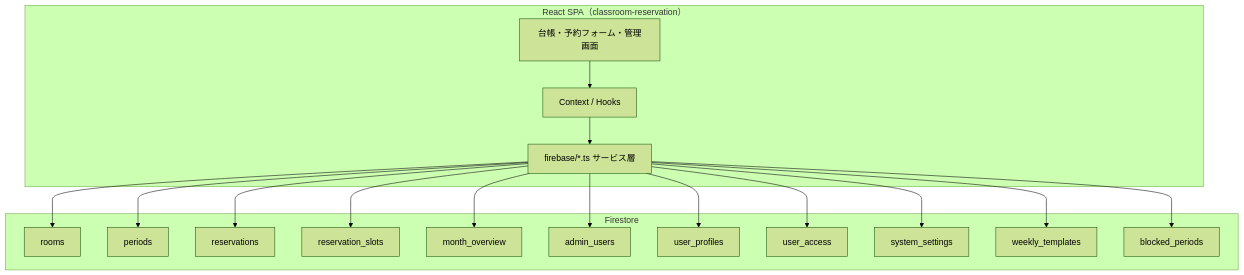
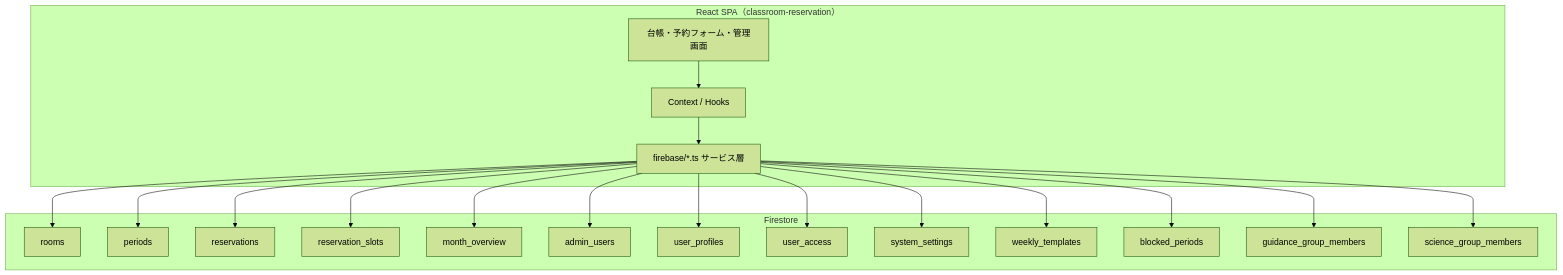
Before and after one commit to yuk1-kondo/classroom-reserve: the second of 3 diagrams in firebase-app/docs/TECH_MEMO_HANDOVER.md, drawn with Mermaid (forest theme). The commit also changed other lines of this file and 27 other files, not shown here.

````diff
--- a/firebase-app/docs/TECH_MEMO_HANDOVER.md
+++ b/firebase-app/docs/TECH_MEMO_HANDOVER.md
@@ -50,35 +50,39 @@
 ```mermaid
 flowchart TB
   subgraph SPA["React SPA（classroom-reservation）"]
     UI[台帳・予約フォーム・管理画面]
     CTX[Context / Hooks]
     SV[firebase/*.ts サービス層]
   end
 
   subgraph Firestore["Firestore"]
     R[rooms]
     P[periods]
     RV[reservations]
     SL[reservation_slots]
     MO[month_overview]
     AD[admin_users]
     UP[user_profiles]
     UA[user_access]
     SS[system_settings]
     WT[weekly_templates]
     BP[blocked_periods]
+    GG[guidance_group_members]
+    SG[science_group_members]
   end
 
   UI --> CTX --> SV
   SV --> R
   SV --> P
   SV --> RV
   SV --> SL
   SV --> MO
   SV --> AD
   SV --> UP
   SV --> UA
   SV --> SS
   SV --> WT
   SV --> BP
+  SV --> GG
+  SV --> SG
 ```
````
